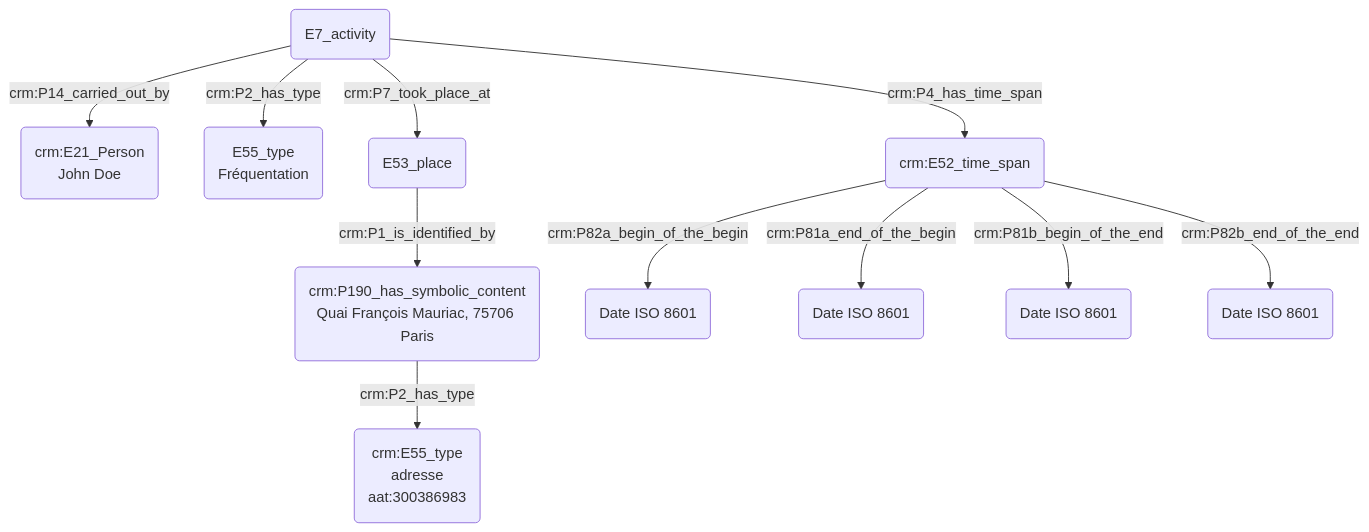
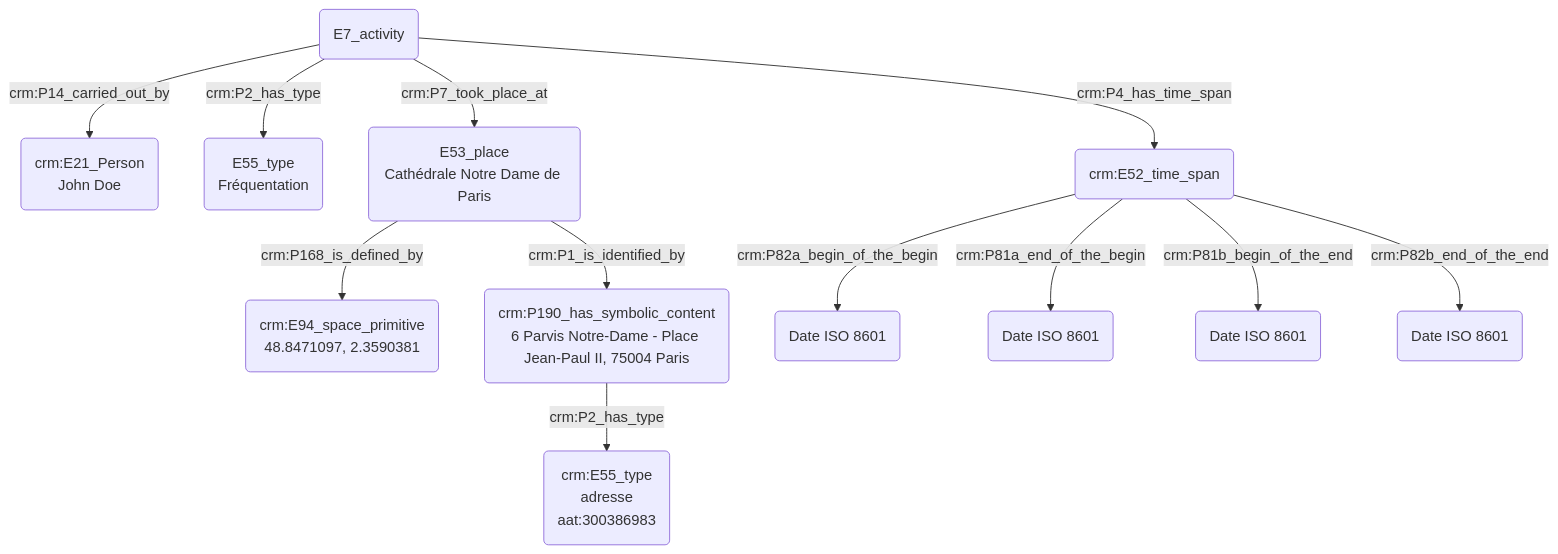
One commit to Amleth/consortium-musica2-gt2-ontologies changed the diagram in modules/livrables/Dossier 2/Prosopographie/fréquentation d'un lieu à un instant donné.md. Above: the diagram before and after it, drawn with Mermaid.

Commit message:
Update fréquentation d'un lieu à un instant donné.md

````diff
--- a/modules/livrables/Dossier 2/Prosopographie/fréquentation d'un lieu à un instant donné.md
+++ b/modules/livrables/Dossier 2/Prosopographie/fréquentation d'un lieu à un instant donné.md
@@ -17,16 +17,17 @@
 ```mermaid
 graph TD;
 
 B(E7_activity) -->|crm:P14_carried_out_by| A("crm:E21_Person<br>John Doe")
 B(E7_activity) -->|crm:P2_has_type| C(E55_type<br>Fréquentation)
 
-B(E7_activity) -->|crm:P7_took_place_at| I(E53_place)
-I(E53_place) --> |crm:P1_is_identified_by| J(crm:P190_has_symbolic_content<br>Quai François Mauriac, 75706 Paris)
-J(crm:P190_has_symbolic_content<br>Quai François Mauriac, 75706 Paris) --> |crm:P2_has_type| K(crm:E55_type<br>adresse<br>aat:300386983)
+B(E7_activity) -->|crm:P7_took_place_at| I(E53_place<br>Cathédrale Notre Dame de Paris)
+I(E53_place<br>Cathédrale Notre Dame de Paris) --> |crm:P168_is_defined_by| L(crm:E94_space_primitive<br>48.8471097, 2.3590381)
+I(E53_place<br>Cathédrale Notre Dame de Paris) --> |crm:P1_is_identified_by| J(crm:P190_has_symbolic_content<br>crm:P190_has_symbolic_content<br>6 Parvis Notre-Dame - Place Jean-Paul II, 75004 Paris)
+J(crm:P190_has_symbolic_content<br>6 Parvis Notre-Dame - Place Jean-Paul II, 75004 Paris) --> |crm:P2_has_type| K(crm:E55_type<br>adresse<br>aat:300386983)
 
 B(E7_activity) --> |crm:P4_has_time_span| D(crm:E52_time_span)
 D(crm:E52_time_span) --> |crm:P82a_begin_of_the_begin| E("Date ISO 8601")
 D(crm:E52_time_span) --> |crm:P81a_end_of_the_begin| F("Date ISO 8601")
 D(crm:E52_time_span) --> |crm:P81b_begin_of_the_end|G("Date ISO 8601")
 D(crm:E52_time_span) --> |crm:P82b_end_of_the_end| H("Date ISO 8601")
 ```
````
